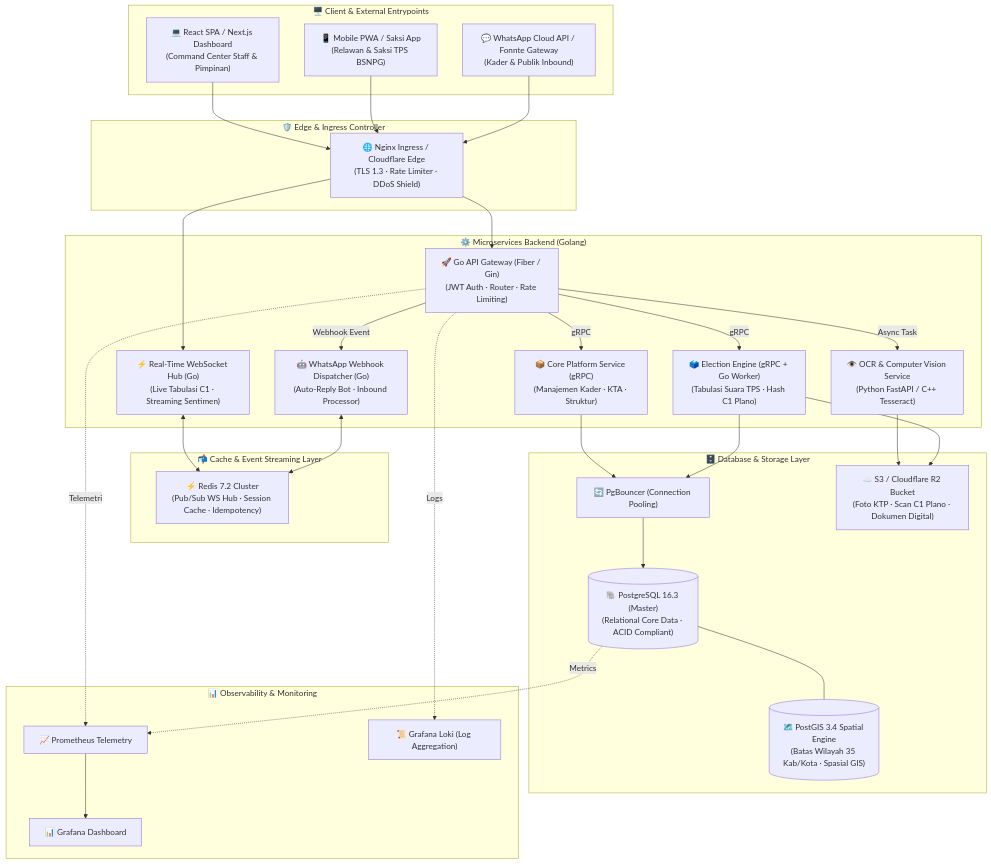
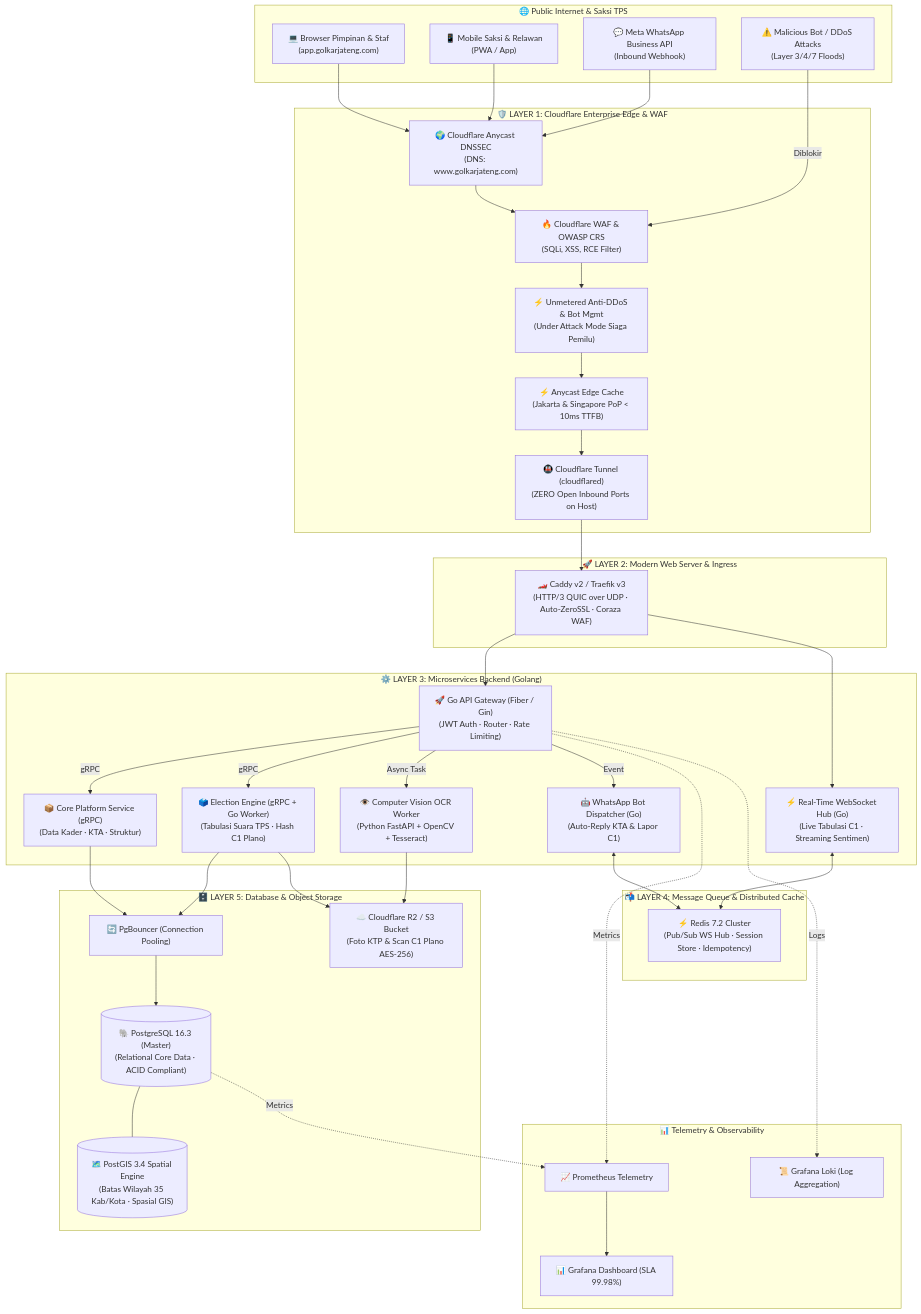
One commit to dimasoktavianprasetyo/golkarjateng changed the diagram in README.md. Above: the diagram before and after it, drawn with Mermaid. The commit also changed other lines of this file and 2 other files, not shown here.

Commit message:
docs: add Cloudflare WAF, Caddy v2 HTTP/3 QUIC, Traefik, www.golkarjateng.com production specs and Caddyfile

````diff
--- a/README.md
+++ b/README.md
@@ -46,67 +61,83 @@
 ```mermaid
 flowchart TB
-    subgraph ClientLayer ["🖥️ Client & External Entrypoints"]
-        FE_SPA["💻 React SPA / Next.js Dashboard\n(Command Center Staff & Pimpinan)"]
-        MOBILE_APP["📱 Mobile PWA / Saksi App\n(Relawan & Saksi TPS BSNPG)"]
-        WA_GATEWAY["💬 WhatsApp Cloud API / Fonnte Gateway\n(Kader & Publik Inbound)"]
+    subgraph InternetLayer ["🌐 Public Internet & Saksi TPS"]
+        USER_BROWSER["💻 Browser Pimpinan & Staf\n(app.golkarjateng.com)"]
+        MOBILE_SAKSI["📱 Mobile Saksi & Relawan\n(PWA / App)"]
+        META_WA["💬 Meta WhatsApp Business API\n(Inbound Webhook)"]
+        ATTACKERS["⚠️ Malicious Bot / DDoS Attacks\n(Layer 3/4/7 Floods)"]
     end
 
-    subgraph IngressLayer ["🛡️ Edge & Ingress Controller"]
-        NGINX_INGRESS["🌐 Nginx Ingress / Cloudflare Edge\n(TLS 1.3 · Rate Limiter · DDoS Shield)"]
+    subgraph CloudflareEdge ["🛡️ LAYER 1: Cloudflare Enterprise Edge & WAF"]
+        CF_DNS["🌍 Cloudflare Anycast DNSSEC\n(DNS: www.golkarjateng.com)"]
+        CF_WAF["🔥 Cloudflare WAF & OWASP CRS\n(SQLi, XSS, RCE Filter)"]
+        CF_DDOS["⚡ Unmetered Anti-DDoS & Bot Mgmt\n(Under Attack Mode Siaga Pemilu)"]
+        CF_CDN["⚡ Anycast Edge Cache\n(Jakarta & Singapore PoP < 10ms TTFB)"]
+        CF_TUNNEL["🚇 Cloudflare Tunnel (cloudflared)\n(ZERO Open Inbound Ports on Host)"]
     end
 
-    subgraph ServiceMesh ["⚙️ Microservices Backend (Golang)"]
-        API_GATEWAY["🚀 Go API Gateway (Fiber / Gin)\n(JWT Auth · Router · Rate Limiting)"]
-        WS_HUB["⚡ Real-Time WebSocket Hub (Go)\n(Live Tabulasi C1 · Streaming Sentimen)"]
-        GRPC_CORE["📦 Core Platform Service (gRPC)\n(Manajemen Kader · KTA · Struktur)"]
-        GRPC_TABULASI["🗳️ Election Engine (gRPC + Go Worker)\n(Tabulasi Suara TPS · Hash C1 Plano)"]
-        GRPC_OCR["👁️ OCR & Computer Vision Service\n(Python FastAPI / C++ Tesseract)"]
-        WA_DISPATCHER["🤖 WhatsApp Webhook Dispatcher (Go)\n(Auto-Reply Bot · Inbound Processor)"]
+    subgraph WebServerLayer ["🚀 LAYER 2: Modern Web Server & Ingress"]
+        CADDY_SERVER["🏎️ Caddy v2 / Traefik v3\n(HTTP/3 QUIC over UDP · Auto-ZeroSSL · Coraza WAF)"]
     end
 
-    subgraph MessageQueue ["📬 Cache & Event Streaming Layer"]
-        REDIS_CACHE["⚡ Redis 7.2 Cluster\n(Pub/Sub WS Hub · Session Cache · Idempotency)"]
+    subgraph BackendMesh ["⚙️ LAYER 3: Microservices Backend (Golang)"]
+        GO_GATEWAY["🚀 Go API Gateway (Fiber / Gin)\n(JWT Auth · Router · Rate Limiting)"]
+        GO_WS_HUB["⚡ Real-Time WebSocket Hub (Go)\n(Live Tabulasi C1 · Streaming Sentimen)"]
+        GRPC_CORE["📦 Core Platform Service (gRPC)\n(Data Kader · KTA · Struktur)"]
+        GRPC_TABULASI["🗳️ Election Engine (gRPC + Go Worker)\n(Tabulasi Suara TPS · Hash C1 Plano)"]
+        GRPC_OCR["👁️ Computer Vision OCR Worker\n(Python FastAPI + OpenCV + Tesseract)"]
+        GO_WA_BOT["🤖 WhatsApp Bot Dispatcher (Go)\n(Auto-Reply KTA & Lapor C1)"]
     end
 
-    subgraph DatabaseLayer ["🗄️ Database & Storage Layer"]
-        POSTGRES_MASTER[("🐘 PostgreSQL 16.3 (Master)\n(Relational Core Data · ACID Compliant)")]
+    subgraph CachingBroker ["📬 LAYER 4: Message Queue & Distributed Cache"]
+        REDIS_CLUSTER["⚡ Redis 7.2 Cluster\n(Pub/Sub WS Hub · Session Store · Idempotency)"]
+    end
+
+    subgraph StorageLayer ["🗄️ LAYER 5: Database & Object Storage"]
+        POSTGRES_DB[("🐘 PostgreSQL 16.3 (Master)\n(Relational Core Data · ACID Compliant)")]
         POSTGIS_EXT[("🗺️ PostGIS 3.4 Spatial Engine\n(Batas Wilayah 35 Kab/Kota · Spasial GIS)")]
         PGBOUNCER["🔄 PgBouncer (Connection Pooling)"]
-        S3_STORAGE["☁️ S3 / Cloudflare R2 Bucket\n(Foto KTP · Scan C1 Plano · Dokumen Digital)"]
+        R2_S3["☁️ Cloudflare R2 / S3 Bucket\n(Foto KTP & Scan C1 Plano AES-256)"]
     end
 
-    subgraph ObservabilityLayer ["📊 Observability & Monitoring"]
+    subgraph Observability ["📊 Telemetry & Observability"]
         PROMETHEUS["📈 Prometheus Telemetry"]
-        GRAFANA["📊 Grafana Dashboard"]
+        GRAFANA["📊 Grafana Dashboard (SLA 99.98%)"]
         LOKI["📜 Grafana Loki (Log Aggregation)"]
     end
 
-    %% Flow Connections
-    FE_SPA --> NGINX_INGRESS
-    MOBILE_APP --> NGINX_INGRESS
-    WA_GATEWAY --> NGINX_INGRESS
+    %% Flows
+    USER_BROWSER --> CF_DNS
+    MOBILE_SAKSI --> CF_DNS
+    META_WA --> CF_DNS
+    ATTACKERS -- Diblokir --> CF_WAF
 
-    NGINX_INGRESS --> API_GATEWAY
-    NGINX_INGRESS --> WS_HUB
+    CF_DNS --> CF_WAF
+    CF_WAF --> CF_DDOS
+    CF_DDOS --> CF_CDN
+    CF_CDN --> CF_TUNNEL
 
-    API_GATEWAY -- gRPC --> GRPC_CORE
-    API_GATEWAY -- gRPC --> GRPC_TABULASI
-    API_GATEWAY -- Webhook Event --> WA_DISPATCHER
-    API_GATEWAY -- Async Task --> GRPC_OCR
+    CF_TUNNEL --> CADDY_SERVER
+    CADDY_SERVER --> GO_GATEWAY
+    CADDY_SERVER --> GO_WS_HUB
 
-    WS_HUB <--> REDIS_CACHE
-    WA_DISPATCHER <--> REDIS_CACHE
+    GO_GATEWAY -- gRPC --> GRPC_CORE
+    GO_GATEWAY -- gRPC --> GRPC_TABULASI
+    GO_GATEWAY -- Async Task --> GRPC_OCR
+    GO_GATEWAY -- Event --> GO_WA_BOT
+
+    GO_WS_HUB <--> REDIS_CLUSTER
+    GO_WA_BOT <--> REDIS_CLUSTER
 
     GRPC_CORE --> PGBOUNCER
     GRPC_TABULASI --> PGBOUNCER
-    PGBOUNCER --> POSTGRES_MASTER
-    POSTGRES_MASTER --- POSTGIS_EXT
+    PGBOUNCER --> POSTGRES_DB
+    POSTGRES_DB --- POSTGIS_EXT
 
-    GRPC_OCR --> S3_STORAGE
-    GRPC_TABULASI --> S3_STORAGE
+    GRPC_OCR --> R2_S3
+    GRPC_TABULASI --> R2_S3
 
-    API_GATEWAY -. Telemetri .-> PROMETHEUS
-    POSTGRES_MASTER -. Metrics .-> PROMETHEUS
+    GO_GATEWAY -. Metrics .-> PROMETHEUS
+    POSTGRES_DB -. Metrics .-> PROMETHEUS
     PROMETHEUS --> GRAFANA
-    API_GATEWAY -. Logs .-> LOKI
+    GO_GATEWAY -. Logs .-> LOKI
 ```
````
